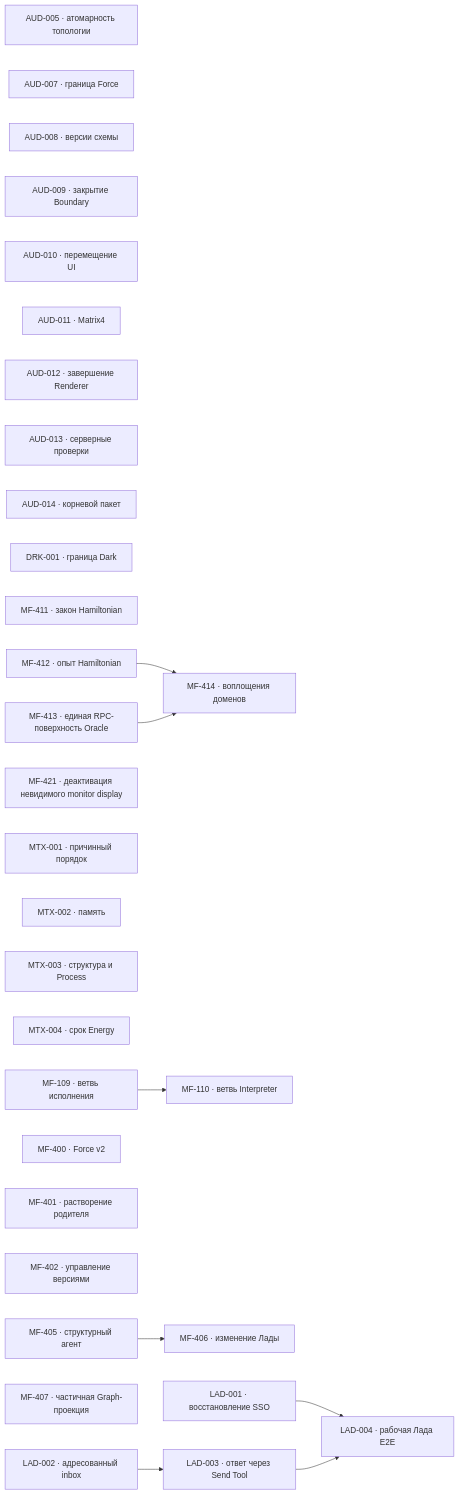
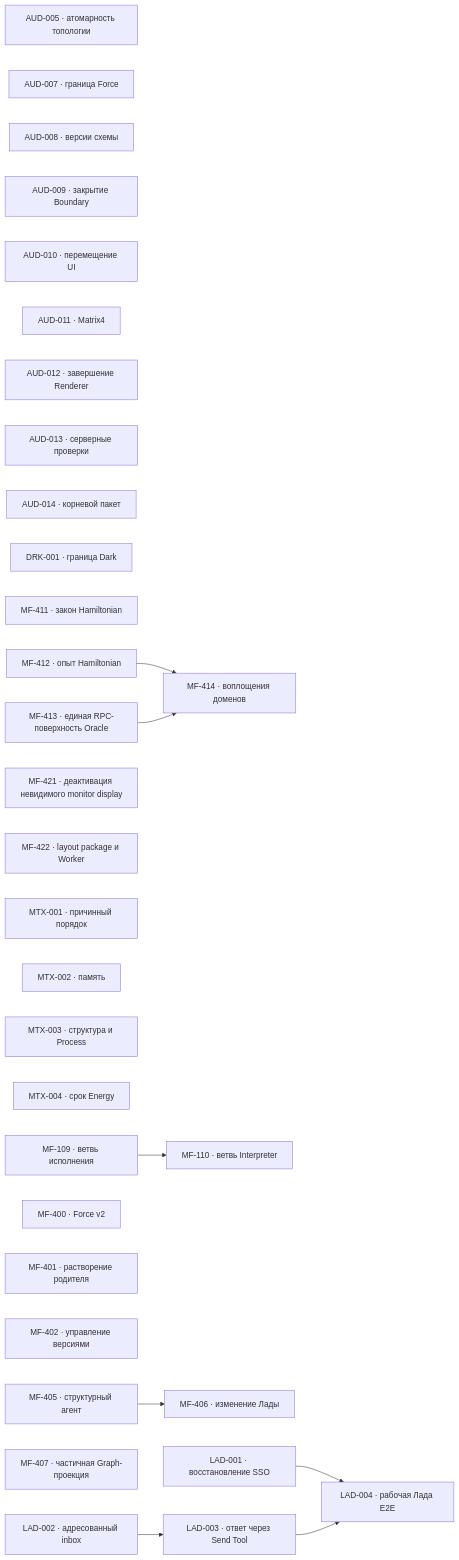
One commit to zavx0z/metafor changed the first of 2 diagrams in project/TODO.md. Above: the diagram before and after it, drawn with Mermaid. The commit also changed other lines of this file and 62 other files, not shown here.

Commit message:
feat(layout): extract worker-backed layout engine

````diff
--- a/project/TODO.md
+++ b/project/TODO.md
@@ -13,41 +13,42 @@
 ```mermaid
 flowchart LR
     AUD005["AUD-005 · атомарность топологии"]
     AUD007["AUD-007 · граница Force"]
     AUD008["AUD-008 · версии схемы"]
     AUD009["AUD-009 · закрытие Boundary"]
     AUD010["AUD-010 · перемещение UI"]
     AUD011["AUD-011 · Matrix4"]
     AUD012["AUD-012 · завершение Renderer"]
     AUD013["AUD-013 · серверные проверки"]
     AUD014["AUD-014 · корневой пакет"]
     DRK001["DRK-001 · граница Dark"]
     MF411["MF-411 · закон Hamiltonian"]
     MF412["MF-412 · опыт Hamiltonian"]
     MF413["MF-413 · единая RPC-поверхность Oracle"]
     MF414["MF-414 · воплощения доменов"]
     MF421["MF-421 · деактивация невидимого monitor display"]
+    MF422["MF-422 · layout package и Worker"]
     MTX001["MTX-001 · причинный порядок"]
     MTX002["MTX-002 · память"]
     MTX003["MTX-003 · структура и Process"]
     MTX004["MTX-004 · срок Energy"]
     MF109["MF-109 · ветвь исполнения"]
     MF110["MF-110 · ветвь Interpreter"]
     MF400["MF-400 · Force v2"]
     MF401["MF-401 · растворение родителя"]
     MF402["MF-402 · управление версиями"]
     MF405["MF-405 · структурный агент"]
     MF406["MF-406 · изменение Лады"]
     MF407["MF-407 · частичная Graph-проекция"]
     LAD001["LAD-001 · восстановление SSO"]
     LAD002["LAD-002 · адресованный inbox"]
     LAD003["LAD-003 · ответ через Send Tool"]
     LAD004["LAD-004 · рабочая Лада E2E"]
     MF109 --> MF110
     MF405 --> MF406
     MF412 --> MF414
     MF413 --> MF414
     LAD002 --> LAD003
     LAD001 --> LAD004
     LAD003 --> LAD004
 ```
````
